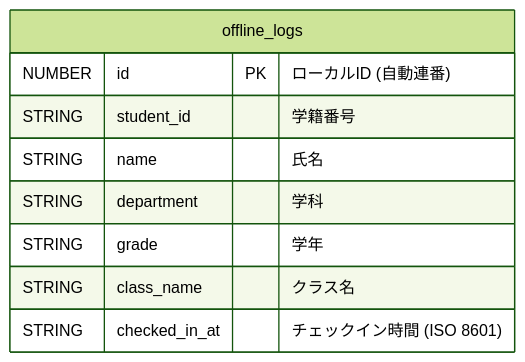
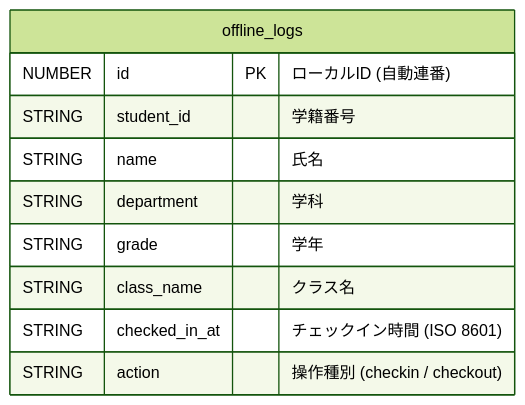
Before and after one commit to tachiyu1931-code/gym-reservation: the second of 2 diagrams in doc/ER図.md, drawn with Mermaid (forest theme). The commit also changed other lines of this file and 23 other files, not shown here.

````diff
--- a/doc/ER図.md
+++ b/doc/ER図.md
@@ -43,12 +75,13 @@
 ```mermaid
 erDiagram
     offline_logs {
         NUMBER id PK "ローカルID (自動連番)"
         STRING student_id "学籍番号"
         STRING name "氏名"
         STRING department "学科"
         STRING grade "学年"
         STRING class_name "クラス名"
         STRING checked_in_at "チェックイン時間 (ISO 8601)"
+        STRING action "操作種別 (checkin / checkout)"
     }
 ```
````
